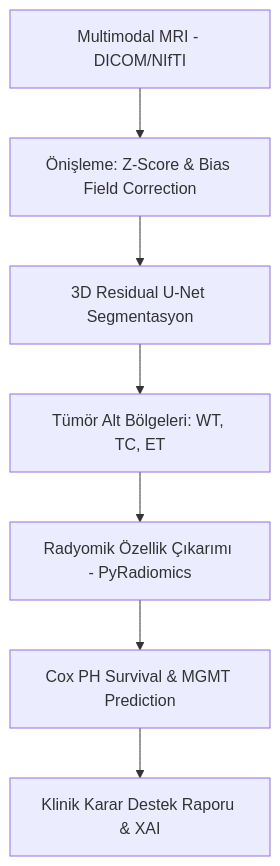
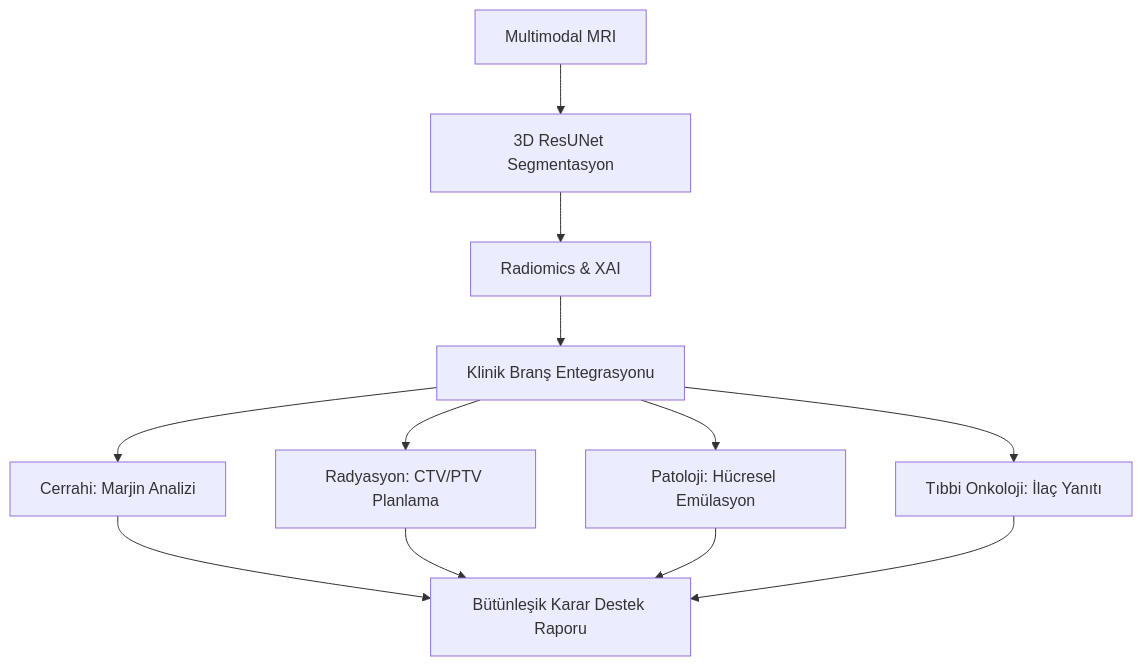
The diagram in docs/ODR_Raporu.md (bahattinyunus/teknofest_onkolojide_3t), drawn with Mermaid before and after one commit. The commit also changed other lines of this file and 6 other files, not shown here.

````diff
--- a/docs/ODR_Raporu.md
+++ b/docs/ODR_Raporu.md
@@ -37,9 +37,11 @@
 ```mermaid
 graph TD
-    A[Multimodal MRI - DICOM/NIfTI] --> B[Önişleme: Z-Score & Bias Field Correction]
-    B --> C[3D Residual U-Net Segmentasyon]
-    C --> D[Tümör Alt Bölgeleri: WT, TC, ET]
-    D --> E[Radyomik Özellik Çıkarımı - PyRadiomics]
-    E --> F[Cox PH Survival & MGMT Prediction]
-    F --> G[Klinik Karar Destek Raporu & XAI]
+    A[Multimodal MRI] --> B[3D ResUNet Segmentasyon]
+    B --> C[Radiomics & XAI]
+    C --> D[Klinik Branş Entegrasyonu]
+    D --> E1[Cerrahi: Marjin Analizi]
+    D --> E2[Radyasyon: CTV/PTV Planlama]
+    D --> E3[Patoloji: Hücresel Emülasyon]
+    D --> E4[Tıbbi Onkoloji: İlaç Yanıtı]
+    E1 & E2 & E3 & E4 --> F[Bütünleşik Karar Destek Raporu]
 ```
````
